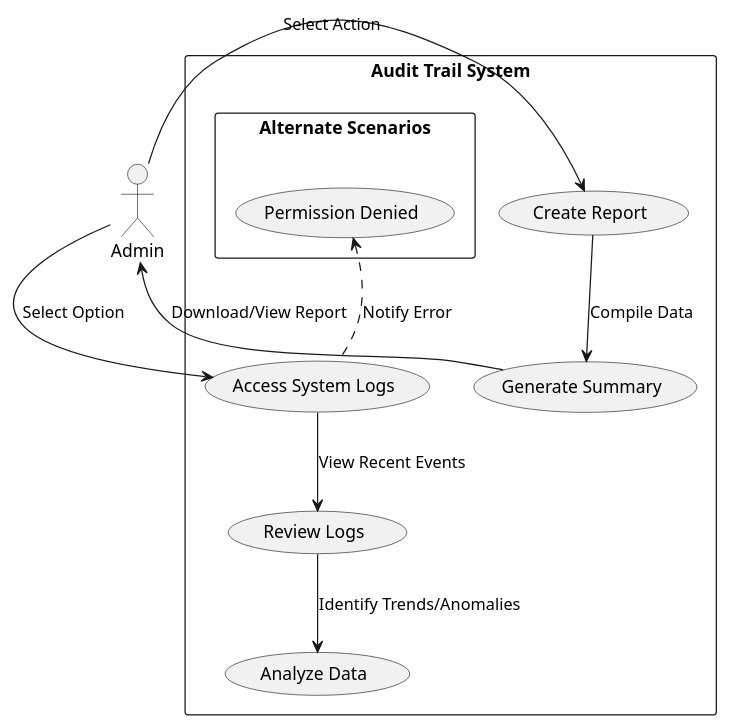
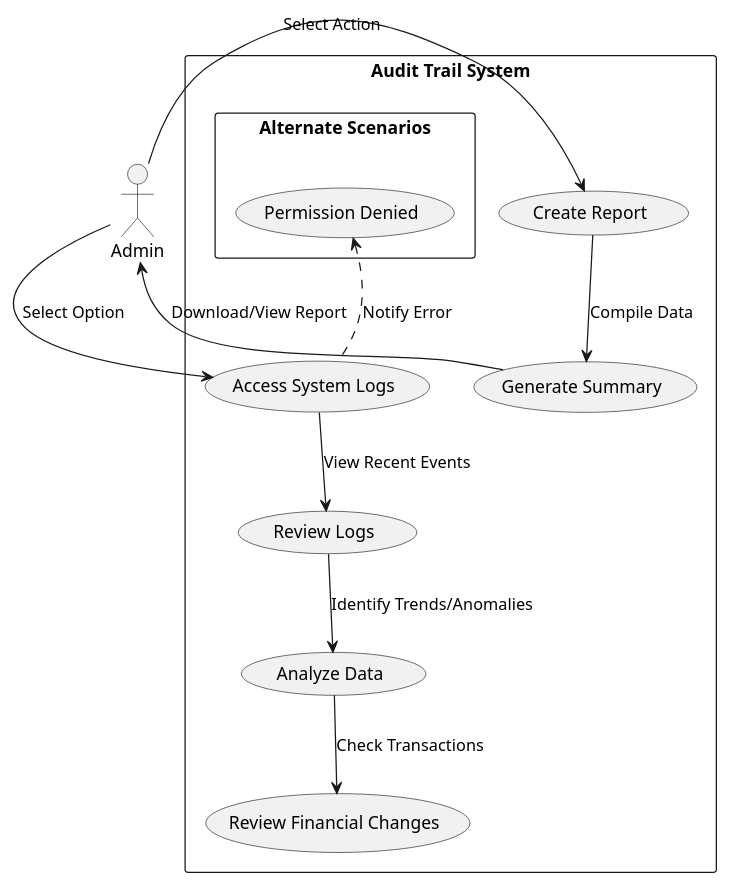
One commit to malak-elbanna/Usecases_Reqs changed the diagram in Track audit Trails/AuditTracking.puml. Above: the diagram before and after it, drawn with PlantUML. The commit also changed 16 other files, not shown here.

```diff
--- a/Track audit Trails/AuditTracking.puml
+++ b/Track audit Trails/AuditTracking.puml
@@ -1,19 +1,17 @@
 @startuml
-'https://plantuml.com/use-case-diagram
 actor Admin
-
 
 rectangle "Audit Trail System" {
     Admin --> (Access System Logs) : Select Option
     (Access System Logs) --> (Review Logs) : View Recent Events
     (Review Logs) --> (Analyze Data) : Identify Trends/Anomalies
+    (Analyze Data) --> (Review Financial Changes) : Check Transactions
     Admin --> (Create Report) : Select Action
     (Create Report) --> (Generate Summary) : Compile Data
     (Generate Summary) --> Admin : Download/View Report
 
     rectangle "Alternate Scenarios" {
         (Permission Denied) <.. (Access System Logs) : Notify Error
     }
 }
-
 @enduml
```
